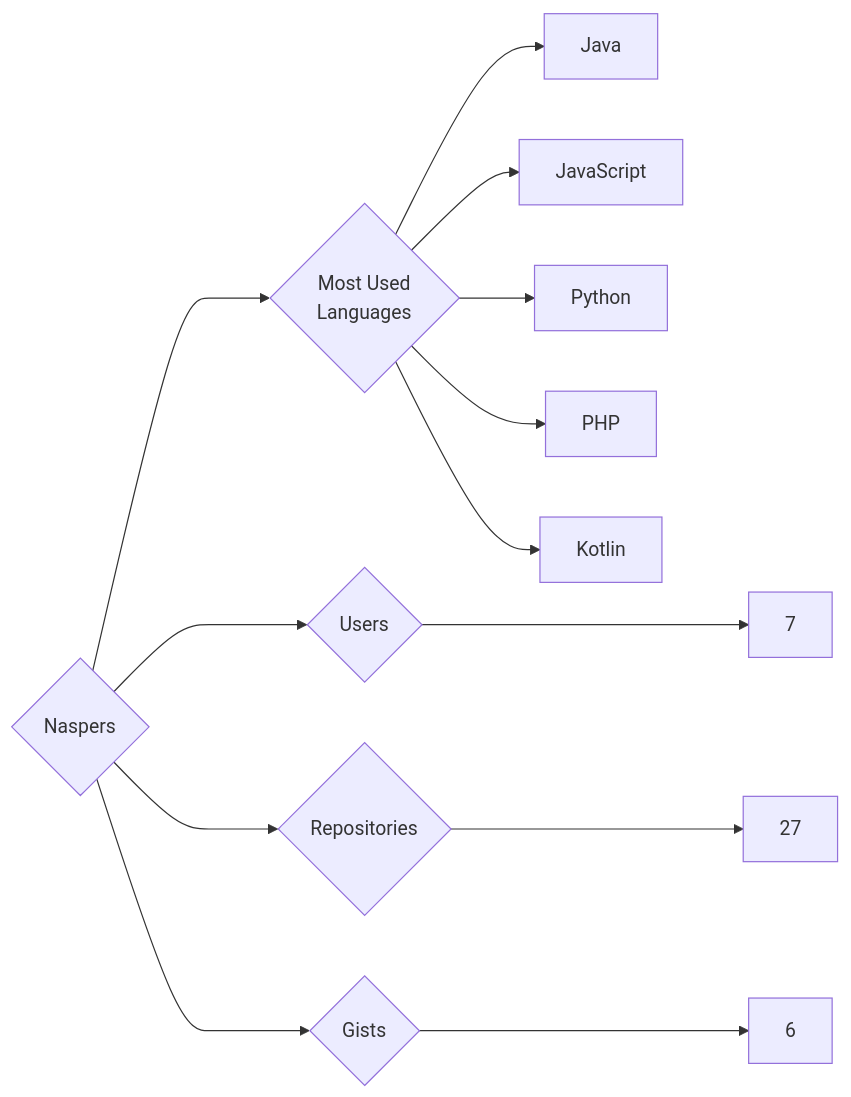
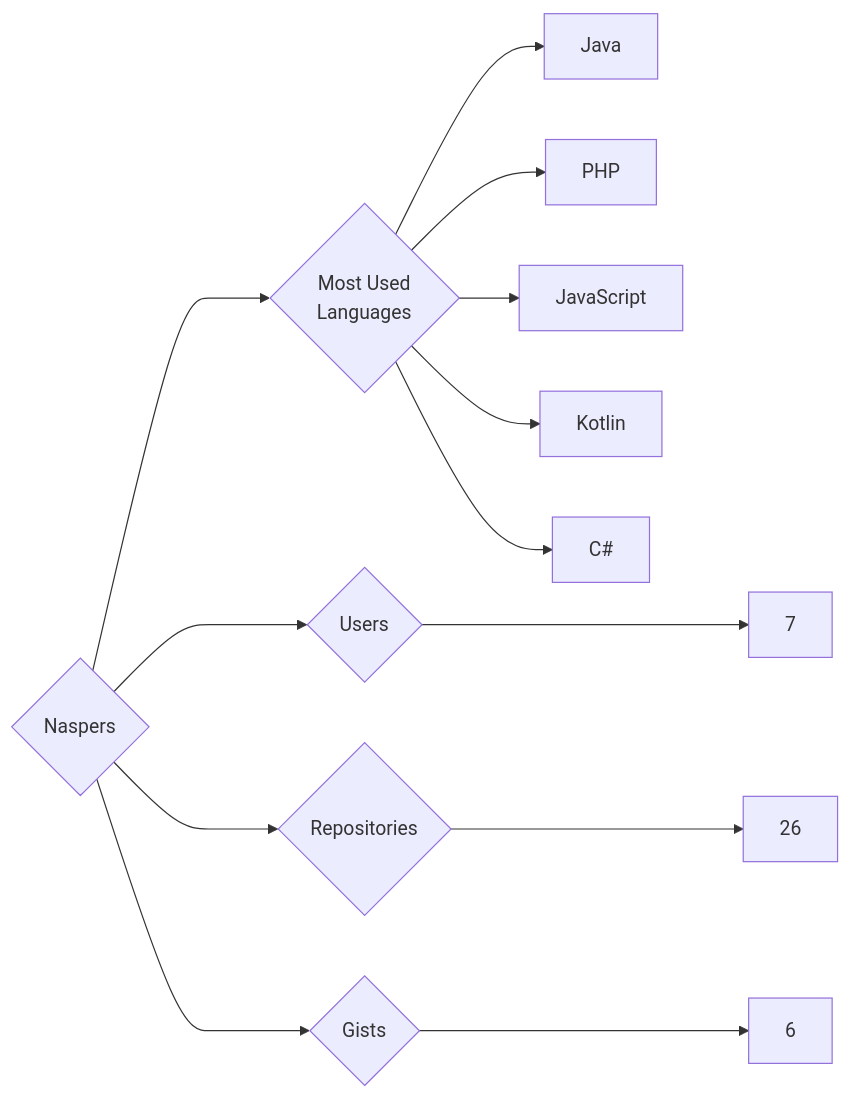
Before and after one commit to trickest/insiders: the diagram in targets/Naspers/README.md, drawn with Mermaid. The commit also changed 898 other files, not shown here.

````diff
--- a/targets/Naspers/README.md
+++ b/targets/Naspers/README.md
@@ -3,13 +3,13 @@
 ```mermaid
 graph LR
 COMPANY_NAME{Naspers}
 COMPANY_NAME ---> U{Users} ---> UN[7]
-COMPANY_NAME ---> R{Repositories} ---> RN[27]
+COMPANY_NAME ---> R{Repositories} ---> RN[26]
 COMPANY_NAME ---> G{Gists} ---> GN[6]
 COMPANY_NAME ---> ML{Most Used<br>Languages}
 ML --> Java[Java]
+ML --> PHP[PHP]
 ML --> JavaScript[JavaScript]
-ML --> Python[Python]
-ML --> PHP[PHP]
 ML --> Kotlin[Kotlin]
+ML --> C#[C#]
 ```
````
